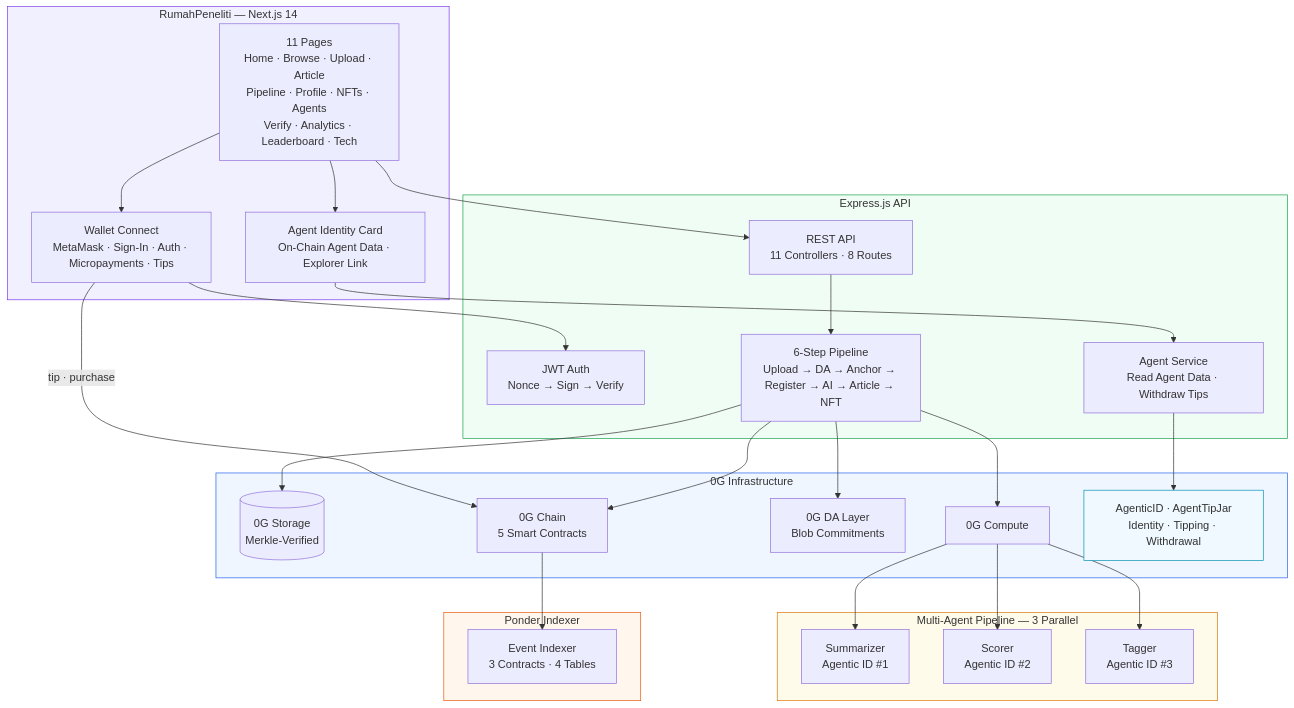
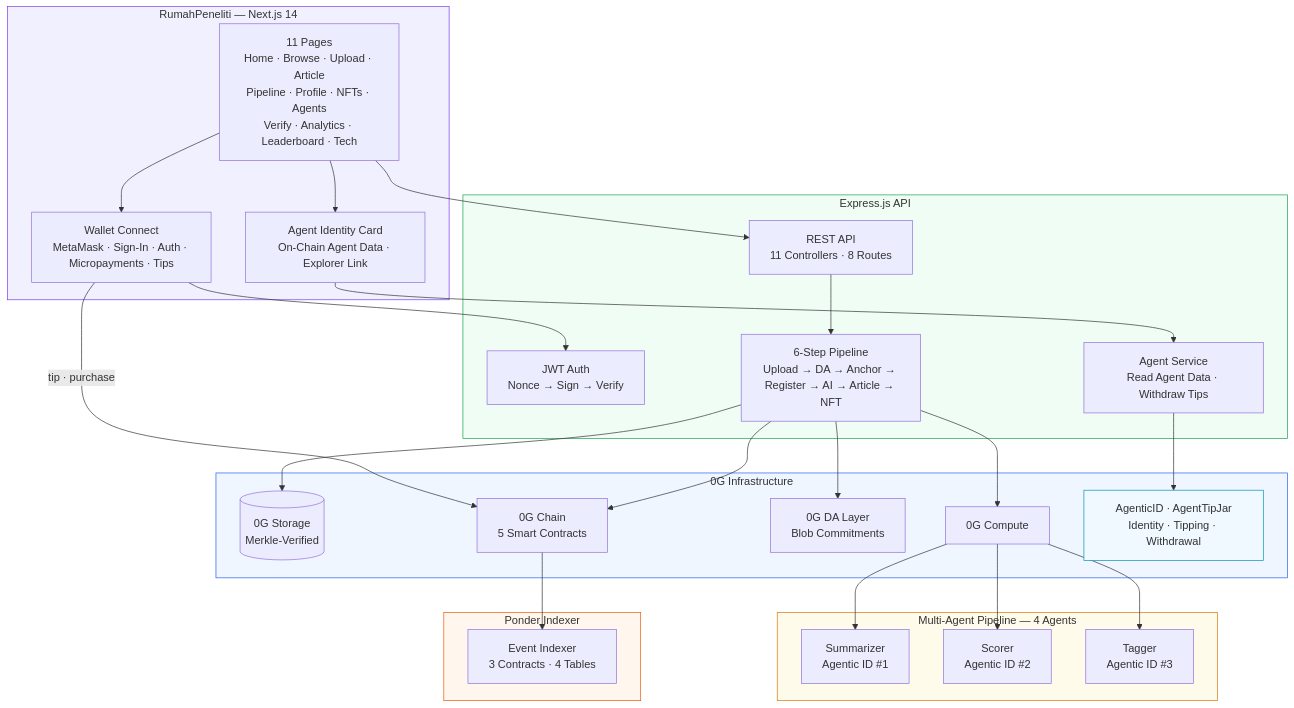
One commit to dwlpra/rumah-peneliti changed the first of 5 diagrams in README.md. Above: the diagram before and after it, drawn with Mermaid. The commit also changed other lines of this file, not shown here.

Commit message:
fix: clean up README — consistent 5 components, 4 agents, 11 pages, 77 tests, remove broken refs

````diff
--- a/README.md
+++ b/README.md
@@ -168,57 +168,57 @@
 ```mermaid
 graph TB
     subgraph Frontend["RumahPeneliti — Next.js 14"]
         UI["11 Pages<br/>Home · Browse · Upload · Article<br/>Pipeline · Profile · NFTs · Agents<br/>Verify · Analytics · Leaderboard · Tech"]
         Wallet["Wallet Connect<br/>MetaMask · Sign-In · Auth · Micropayments · Tips"]
         AgentUI["Agent Identity Card<br/>On-Chain Agent Data · Explorer Link"]
     end
 
     subgraph Backend["Express.js API"]
         API["REST API<br/>11 Controllers · 8 Routes"]
         Auth["JWT Auth<br/>Nonce → Sign → Verify"]
         Pipeline["6-Step Pipeline<br/>Upload → DA → Anchor → Register → AI → Article → NFT"]
         AgentSvc["Agent Service<br/>Read Agent Data · Withdraw Tips"]
     end
 
-    subgraph AI["Multi-Agent Pipeline — 3 Parallel"]
+    subgraph AI["Multi-Agent Pipeline — 4 Agents"]
         Summarizer["Summarizer<br/>Agentic ID #1"]
         Scorer["Scorer<br/>Agentic ID #2"]
         Tagger["Tagger<br/>Agentic ID #3"]
     end
 
     subgraph ZeroG["0G Infrastructure"]
         Storage[("0G Storage<br/>Merkle-Verified")]
         Compute["0G Compute"]
         DA["0G DA Layer<br/>Blob Commitments"]
         Chain["0G Chain<br/>5 Smart Contracts"]
         AgenticID["AgenticID · AgentTipJar<br/>Identity · Tipping · Withdrawal"]
     end
 
     subgraph Indexer["Ponder Indexer"]
         Ponder["Event Indexer<br/>3 Contracts · 4 Tables"]
     end
 
     UI --> Wallet
     UI --> API
     UI --> AgentUI
     AgentUI --> AgentSvc
     AgentSvc --> AgenticID
     Wallet --> Auth
     Wallet -->|"tip · purchase"| Chain
     API --> Pipeline
     Pipeline --> Storage
     Pipeline --> DA
     Pipeline --> Chain
     Pipeline --> Compute
     Compute --> Summarizer
     Compute --> Scorer
     Compute --> Tagger
     Chain --> Ponder
 
     style Frontend fill:#f0f0ff,stroke:#7c3aed,color:#333
     style Backend fill:#f0fdf4,stroke:#16a34a,color:#333
     style AI fill:#fffbeb,stroke:#d97706,color:#333
     style ZeroG fill:#eff6ff,stroke:#2563eb,color:#333
     style Indexer fill:#fff7ed,stroke:#ea580c,color:#333
     style AgenticID fill:#f0f9ff,stroke:#0891b2,color:#333
 ```
````
